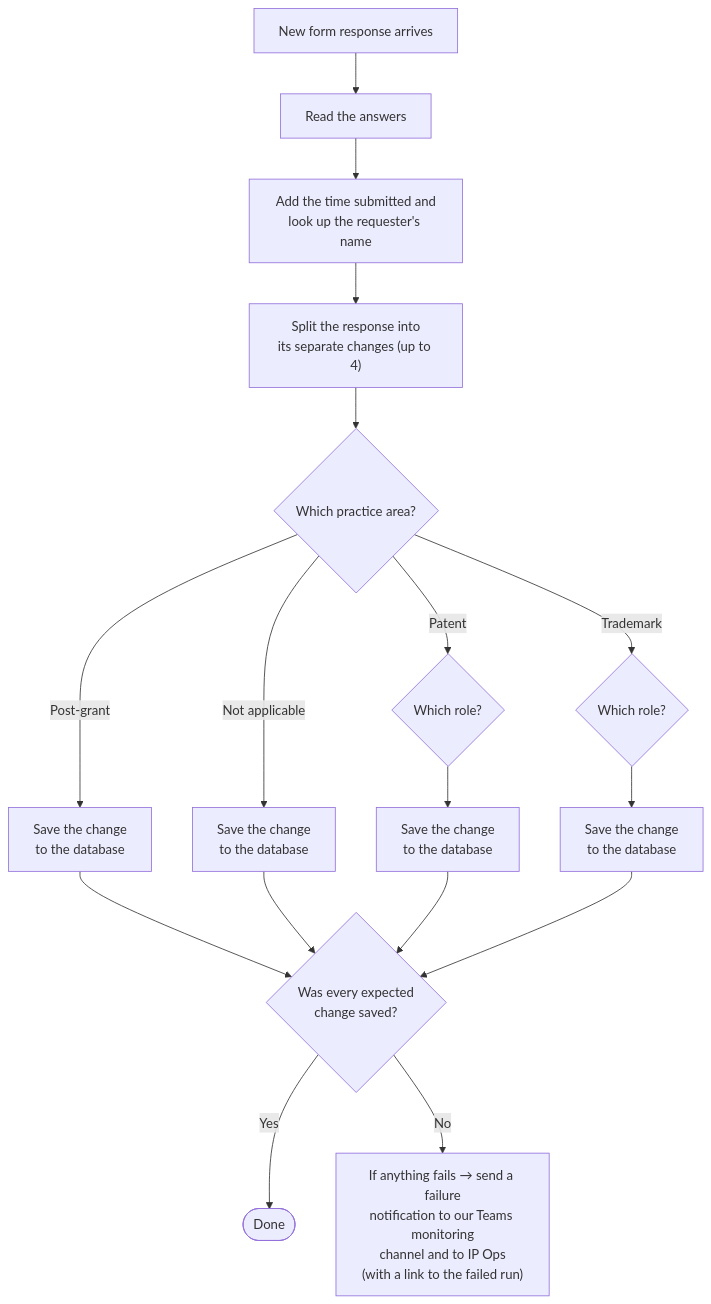
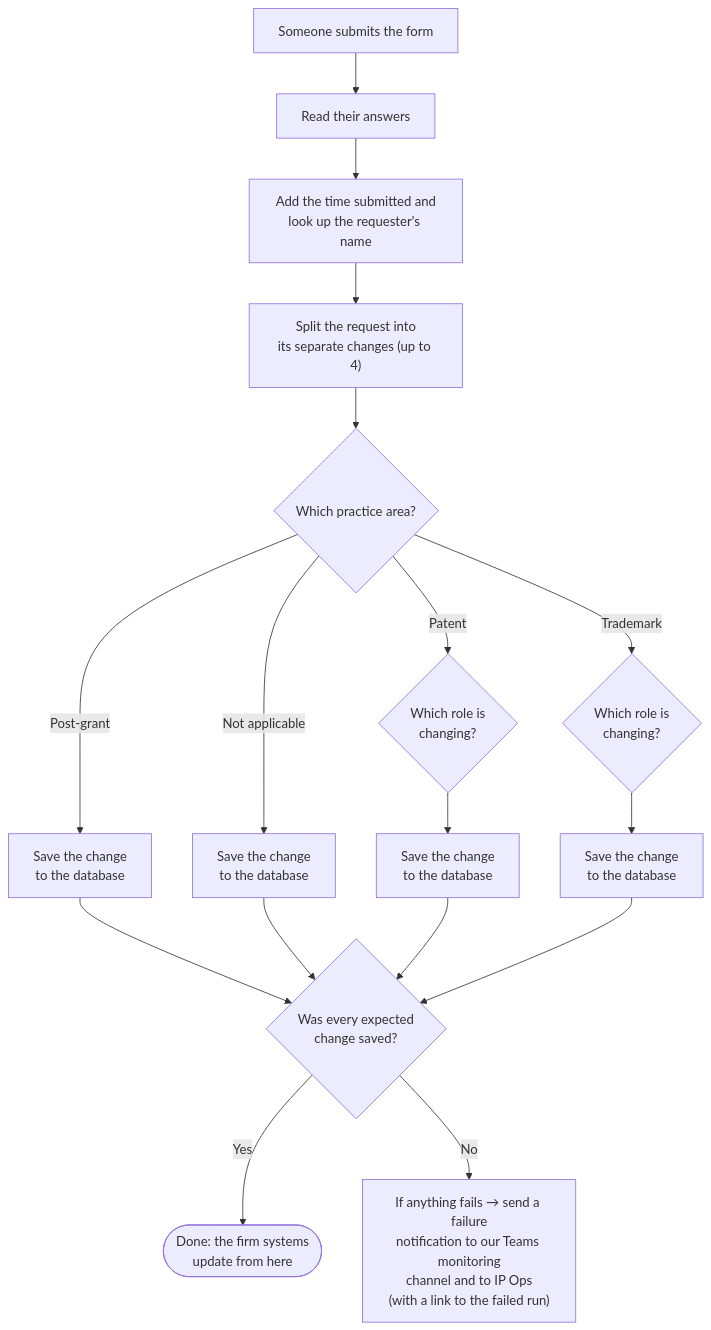
One commit to AI-Jess/Career-Portfolio changed the diagram in content/case-studies/ip-staffing-updates.md. Above: the diagram before and after it, drawn with Mermaid. The commit also changed other lines of this file and 3 other files, not shown here.

First line of the commit message:
Case study: redesigned system figure, qualifying-change wording, new CTA (#4)

````diff
--- a/content/case-studies/ip-staffing-updates.md
+++ b/content/case-studies/ip-staffing-updates.md
@@ -87,16 +111,16 @@
 ```mermaid
 flowchart TD
-    T["New form response arrives"] --> G["Read the answers"]
+    T["Someone submits the form"] --> G["Read their answers"]
     G --> E["Add the time submitted and<br/>look up the requester's name"]
-    E --> L["Split the response into<br/>its separate changes (up to 4)"]
+    E --> L["Split the request into<br/>its separate changes (up to 4)"]
     L --> PA{"Which practice area?"}
-    PA -->|Patent| PR{"Which role?"}
+    PA -->|Patent| PR{"Which role is<br/>changing?"}
     PA -->|Post-grant| I1["Save the change<br/>to the database"]
-    PA -->|Trademark| TR{"Which role?"}
+    PA -->|Trademark| TR{"Which role is<br/>changing?"}
     PA -->|Not applicable| I2["Save the change<br/>to the database"]
     PR --> I3["Save the change<br/>to the database"]
     TR --> I4["Save the change<br/>to the database"]
     I1 & I2 & I3 & I4 --> C{"Was every expected<br/>change saved?"}
-    C -->|Yes| OK(["Done"])
+    C -->|Yes| OK(["Done: the firm systems<br/>update from here"])
     C -->|No| AL["If anything fails → send a failure<br/>notification to our Teams monitoring<br/>channel and to IP Ops<br/>(with a link to the failed run)"]
 ```
````
